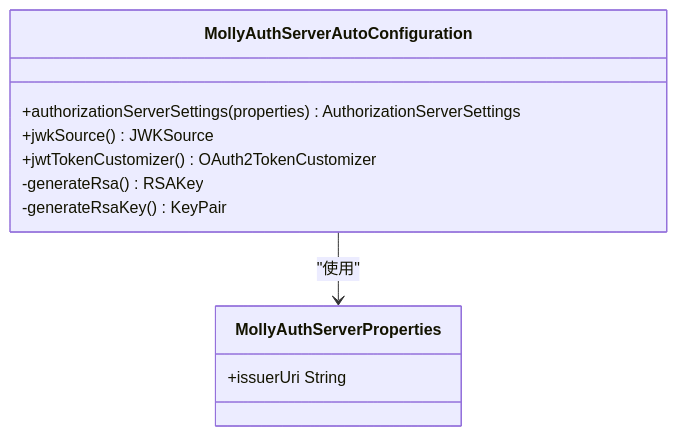
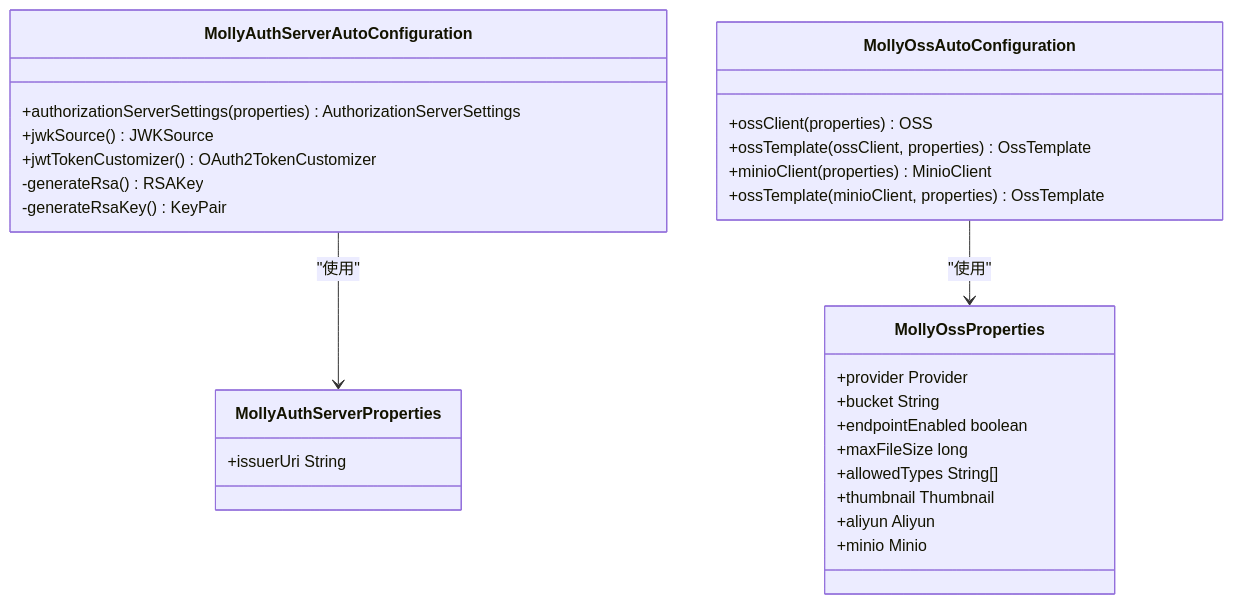
One commit to hutengqi/molly changed the fourth of 13 diagrams in .qoder/repowiki/zh/content/扩展点和自定义.md. Above: the diagram before and after it, drawn with Mermaid. The commit also changed other lines of this file and 3 other files, not shown here.

````diff
--- a/.qoder/repowiki/zh/content/扩展点和自定义.md
+++ b/.qoder/repowiki/zh/content/扩展点和自定义.md
@@ -99,14 +156,31 @@
 ```mermaid
 classDiagram
 class MollyAuthServerAutoConfiguration {
 +authorizationServerSettings(properties) AuthorizationServerSettings
 +jwkSource() JWKSource
 +jwtTokenCustomizer() OAuth2TokenCustomizer
 -generateRsa() RSAKey
 -generateRsaKey() KeyPair
 }
+class MollyOssAutoConfiguration {
++ossClient(properties) OSS
++ossTemplate(ossClient, properties) OssTemplate
++minioClient(properties) MinioClient
++ossTemplate(minioClient, properties) OssTemplate
+}
 class MollyAuthServerProperties {
 +issuerUri String
 }
+class MollyOssProperties {
++provider Provider
++bucket String
++endpointEnabled boolean
++maxFileSize long
++allowedTypes String[]
++thumbnail Thumbnail
++aliyun Aliyun
++minio Minio
+}
 MollyAuthServerAutoConfiguration --> MollyAuthServerProperties : "使用"
+MollyOssAutoConfiguration --> MollyOssProperties : "使用"
 ```
````
